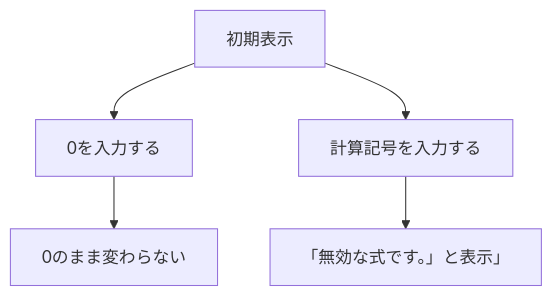
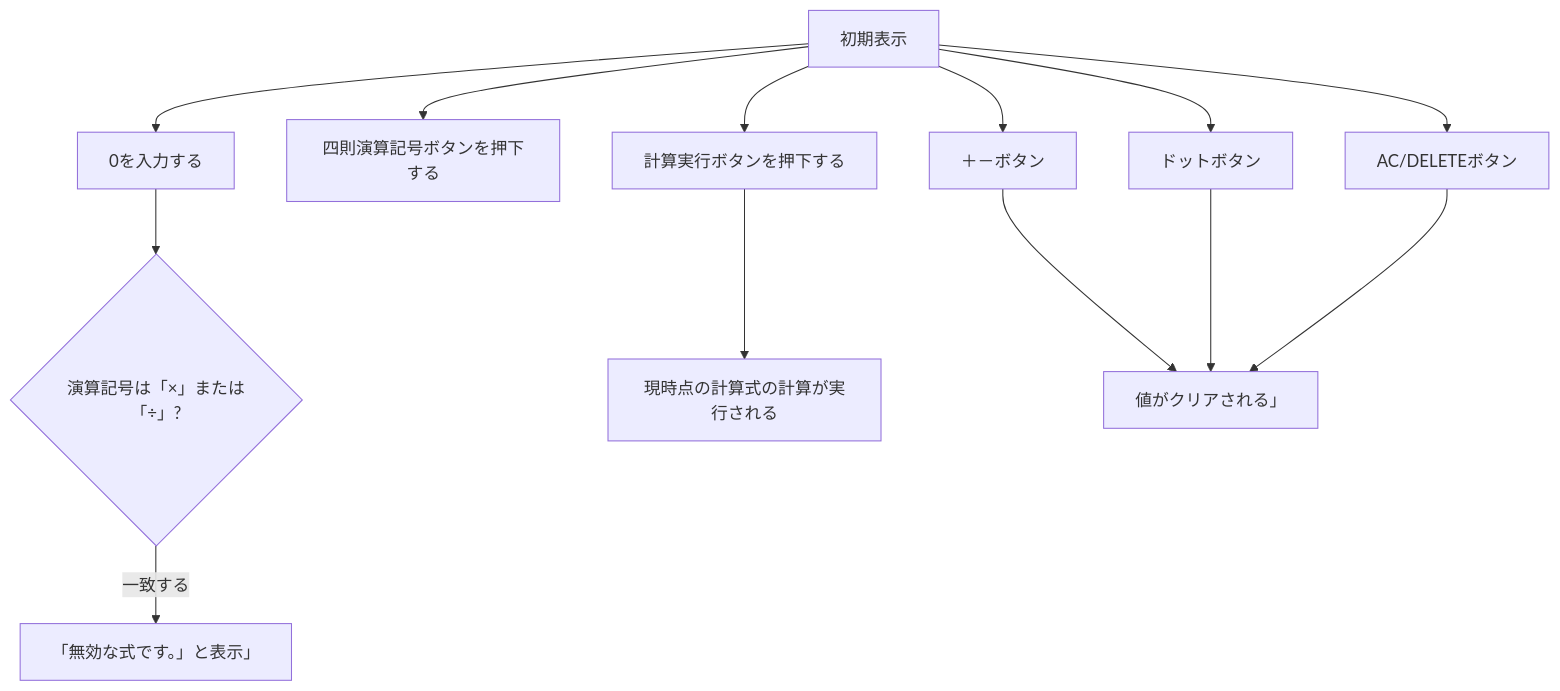
The diagram in 基本設計書.md (N3question/jsp-servlet-calculator), drawn with Mermaid before and after one commit.

````diff
--- a/基本設計書.md
+++ b/基本設計書.md
@@ -50,5 +50,10 @@
 ```mermaid
 flowchart TB
-    A[初期表示] --> B[0を入力する] --> C[0のまま変わらない]
-    A[初期表示] --> D[計算記号を入力する] --> E[「無効な式です。」と表示」]
+    A[初期表示] --> B[0を入力する] --> C[0が入力される]
+    A[初期表示] --> D[四則演算記号ボタンを押下する] 
+    C{演算記号は「×」または「÷」?} -- 一致する --> E[「無効な式です。」と表示」]
+    A[初期表示] --> F[計算実行ボタンを押下する] --> G[現時点の計算式の計算が実行される]
+    A[初期表示] --> H[＋－ボタン] --> I[「値を入力してください。」と表示]
+    A[初期表示] --> J[ドットボタン] --> I[「値を入力してください。」と表示]
+    A[初期表示] --> K[AC/DELETEボタン] --> I[値がクリアされる」]
 ```
````
